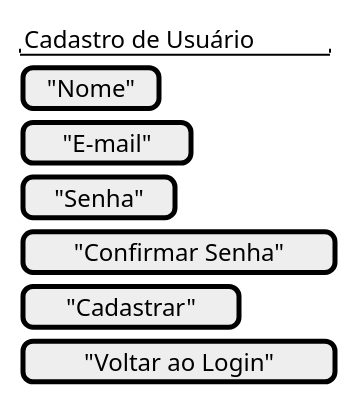
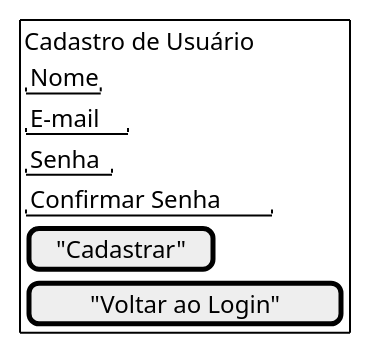
One commit to jonh-carvalho/PBE_25.2_8003 changed the third of 9 diagrams in docs/Disciplina/Roteiros/Elaboracao/new_proto_biblioteca.md. Above: the diagram before and after it, drawn with PlantUML. The commit also changed other lines of this file, not shown here.

````diff
--- a/docs/Disciplina/Roteiros/Elaboracao/new_proto_biblioteca.md
+++ b/docs/Disciplina/Roteiros/Elaboracao/new_proto_biblioteca.md
@@ -60,15 +63,15 @@
 ```plantuml
 @startsalt
-{
+{+
   {
-    "Cadastro de Usuário"
-    [ "Nome" ]
-    [ "E-mail" ]
-    [ "Senha" ]
-    [ "Confirmar Senha" ]
-    [ "Cadastrar" ]
+    Cadastro de Usuário
+     "Nome"
+     "E-mail"
+     "Senha"
+     "Confirmar Senha"
+    ["Cadastrar"]
     [ "Voltar ao Login" ]
   }
 }
 @endsalt
 ```
````
